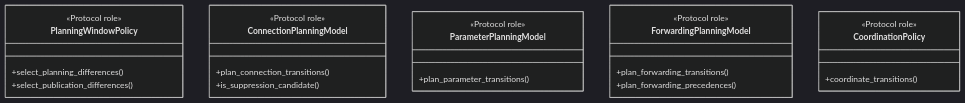
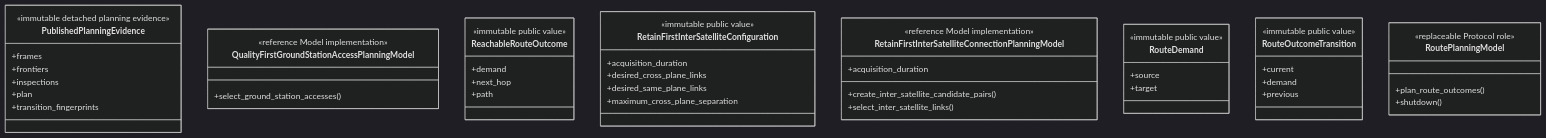
Before and after one commit to seed-labs/skyseed: the sixth of 8 diagrams in skyseed_v2/src/skyseed_v2/simulator/planning/README.md, drawn with Mermaid (dark theme). The commit also changed other lines of this file and 256 other files, not shown here.

Commit message:
refactor: complete network planner architecture cutover

````diff
--- a/skyseed_v2/src/skyseed_v2/simulator/planning/README.md
+++ b/skyseed_v2/src/skyseed_v2/simulator/planning/README.md
@@ -208,26 +527,50 @@
 ```mermaid
 classDiagram
-    class PlanningWindowPolicy {
-        <<Protocol role>>
-        +select_planning_differences()
-        +select_publication_differences()
+    class PublishedPlanningEvidence {
+        <<immutable detached planning evidence>>
+        +frames
+        +frontiers
+        +inspections
+        +plan
+        +transition_fingerprints
     }
-    class ConnectionPlanningModel {
-        <<Protocol role>>
-        +plan_connection_transitions()
-        +is_suppression_candidate()
+    class QualityFirstGroundStationAccessPlanningModel {
+        <<reference Model implementation>>
+        +select_ground_station_accesses()
     }
-    class ParameterPlanningModel {
-        <<Protocol role>>
-        +plan_parameter_transitions()
+    class ReachableRouteOutcome {
+        <<immutable public value>>
+        +demand
+        +next_hop
+        +path
     }
-    class ForwardingPlanningModel {
-        <<Protocol role>>
-        +plan_forwarding_transitions()
-        +plan_forwarding_precedences()
+    class RetainFirstInterSatelliteConfiguration {
+        <<immutable public value>>
+        +acquisition_duration
+        +desired_cross_plane_links
+        +desired_same_plane_links
+        +maximum_cross_plane_separation
     }
-    class CoordinationPolicy {
-        <<Protocol role>>
-        +coordinate_transitions()
+    class RetainFirstInterSatelliteConnectionPlanningModel {
+        <<reference Model implementation>>
+        +acquisition_duration
+        +create_inter_satellite_candidate_pairs()
+        +select_inter_satellite_links()
+    }
+    class RouteDemand {
+        <<immutable public value>>
+        +source
+        +target
+    }
+    class RouteOutcomeTransition {
+        <<immutable public value>>
+        +current
+        +demand
+        +previous
+    }
+    class RoutePlanningModel {
+        <<replaceable Protocol role>>
+        +plan_route_outcomes()
+        +shutdown()
     }
 ```
````
